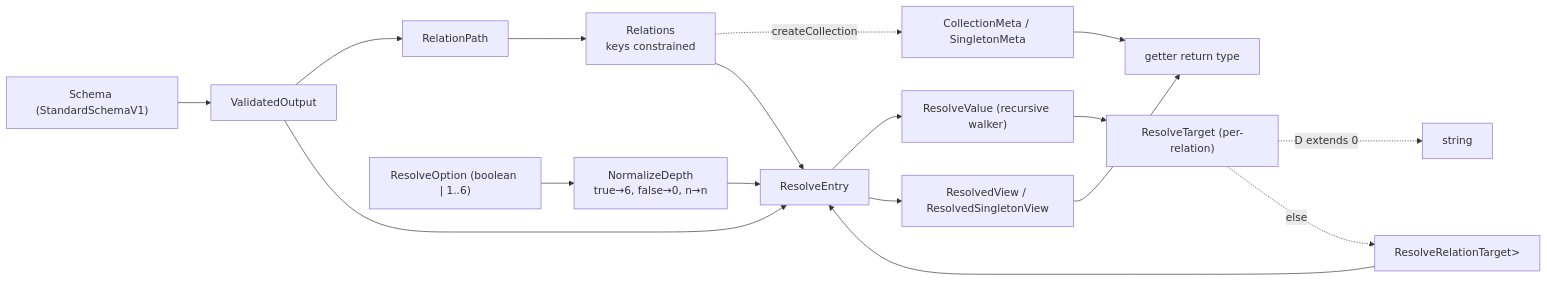
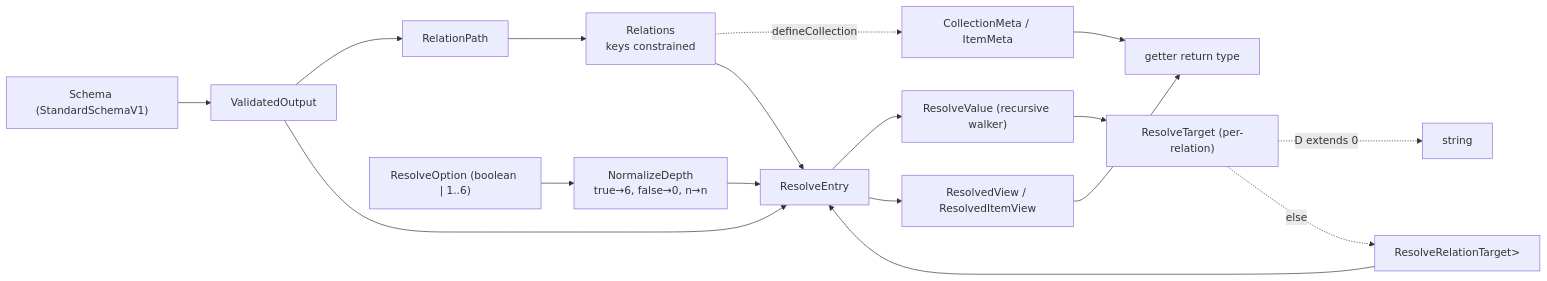
One commit to CharlyMartin/qino changed the second of 2 diagrams in specs/05-relationships.md. Above: the diagram before and after it, drawn with Mermaid. The commit also changed other lines of this file and 109 other files, not shown here.

````diff
--- a/specs/05-relationships.md
+++ b/specs/05-relationships.md
@@ -236,19 +236,19 @@
 ```mermaid
 flowchart LR
     S["Schema (StandardSchemaV1)"] --> VO["ValidatedOutput<Schema>"]
     VO --> RP["RelationPath<ValidatedOutput>"]
     RP --> RT["Relations<Schema><br/>keys constrained"]
-    RT -. createCollection .-> CM["CollectionMeta / SingletonMeta"]
+    RT -. defineCollection .-> CM["CollectionMeta / ItemMeta"]
     CM --> GR["getter return type"]
     R["ResolveOption (boolean | 1..6)"] --> ND["NormalizeDepth<R><br/>true→6, false→0, n→n"]
     ND --> RE["ResolveEntry<S, Rels, D>"]
     VO --> RE
     RT --> RE
     RE --> RV["ResolveValue (recursive walker)"]
     RV --> RTG["ResolveTarget (per-relation)"]
     RTG -. D extends 0 .-> Str["string"]
     RTG -. else .-> Rec["ResolveRelationTarget<C, Dec<D>>"]
     Rec --> RE
-    RE --> RV2["ResolvedView / ResolvedSingletonView"]
+    RE --> RV2["ResolvedView / ResolvedItemView"]
     RV2 --> GR
 ```
````
